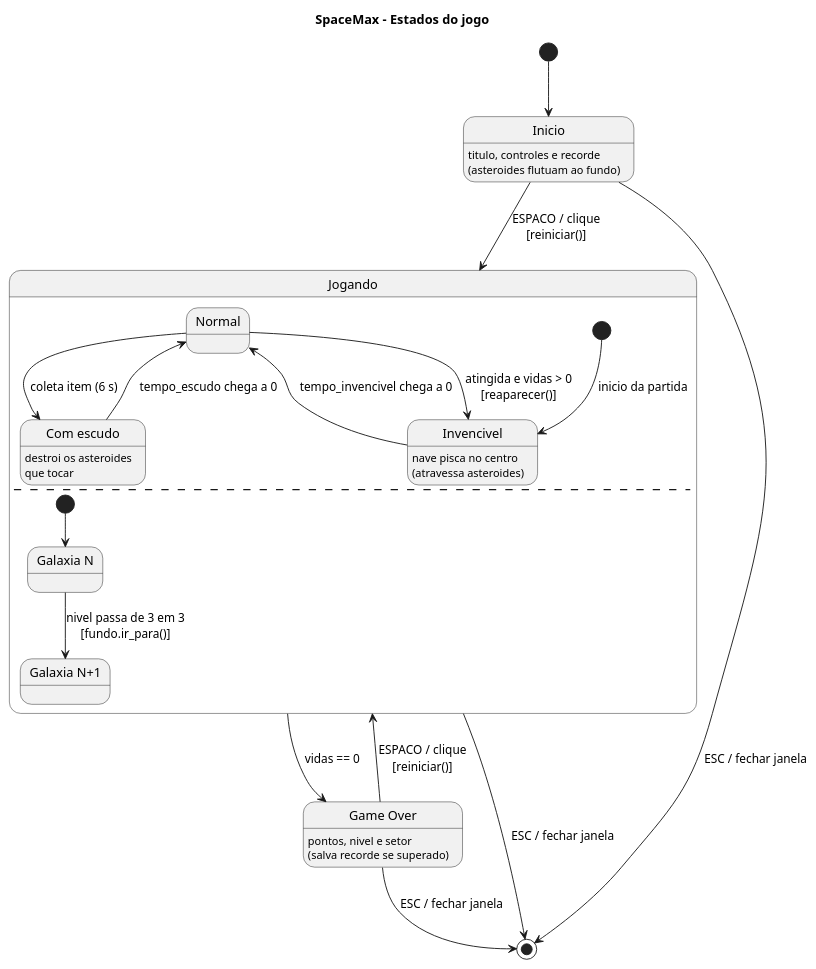
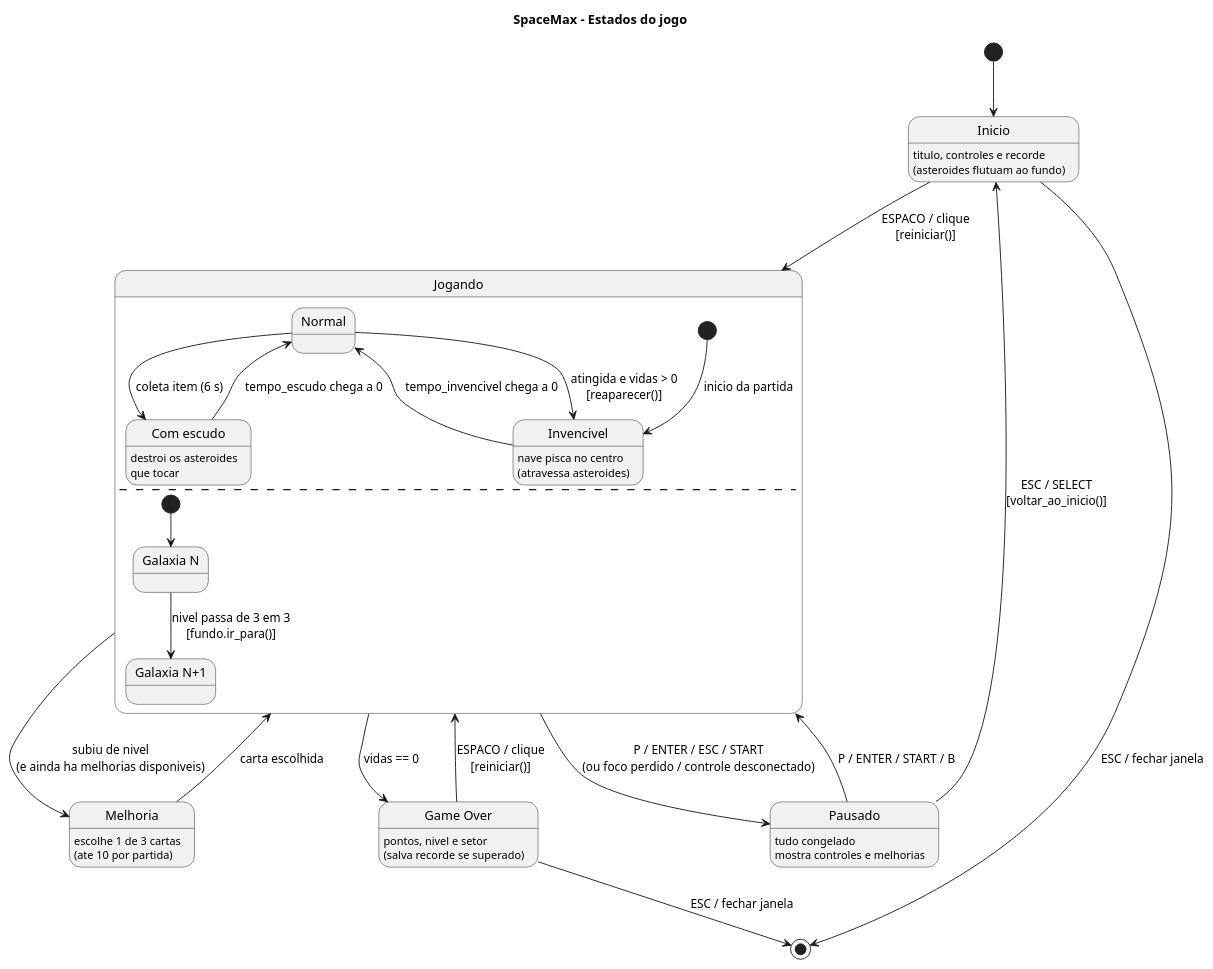
Before and after one commit to viniciussantos184/SpaceMax: the diagram in docs/uml/estados.puml, drawn with PlantUML. The commit also changed 16 other files, not shown here.

```diff
--- a/docs/uml/estados.puml
+++ b/docs/uml/estados.puml
@@ -1,33 +1,39 @@
 @startuml estados
 title SpaceMax - Estados do jogo
 
 [*] --> Inicio
 
 state "Inicio" as Inicio : titulo, controles e recorde\n(asteroides flutuam ao fundo)
 state "Jogando" as Jogando {
   state "Normal" as Normal
   state "Invencivel" as Invencivel : nave pisca no centro\n(atravessa asteroides)
   state "Com escudo" as Escudo : destroi os asteroides\nque tocar
 
   [*] --> Invencivel : inicio da partida
   Invencivel --> Normal : tempo_invencivel chega a 0
   Normal --> Invencivel : atingida e vidas > 0\n[reaparecer()]
   Normal --> Escudo : coleta item (6 s)
   Escudo --> Normal : tempo_escudo chega a 0
   --
   state "Galaxia N" as GalaxiaN
   state "Galaxia N+1" as GalaxiaN1
   [*] --> GalaxiaN
   GalaxiaN --> GalaxiaN1 : nivel passa de 3 em 3\n[fundo.ir_para()]
 }
+state "Pausado" as Pausado : tudo congelado\nmostra controles e melhorias
+state "Melhoria" as Melhoria : escolhe 1 de 3 cartas\n(ate 10 por partida)
 state "Game Over" as GameOver : pontos, nivel e setor\n(salva recorde se superado)
 
 Inicio --> Jogando : ESPACO / clique\n[reiniciar()]
+Jogando --> Pausado : P / ENTER / ESC / START\n(ou foco perdido / controle desconectado)
+Pausado --> Jogando : P / ENTER / START / B
+Pausado --> Inicio : ESC / SELECT\n[voltar_ao_inicio()]
+Jogando --> Melhoria : subiu de nivel\n(e ainda ha melhorias disponiveis)
+Melhoria --> Jogando : carta escolhida
 Jogando --> GameOver : vidas == 0
 GameOver --> Jogando : ESPACO / clique\n[reiniciar()]
 
 Inicio --> [*] : ESC / fechar janela
-Jogando --> [*] : ESC / fechar janela
 GameOver --> [*] : ESC / fechar janela
 
 @enduml
```
